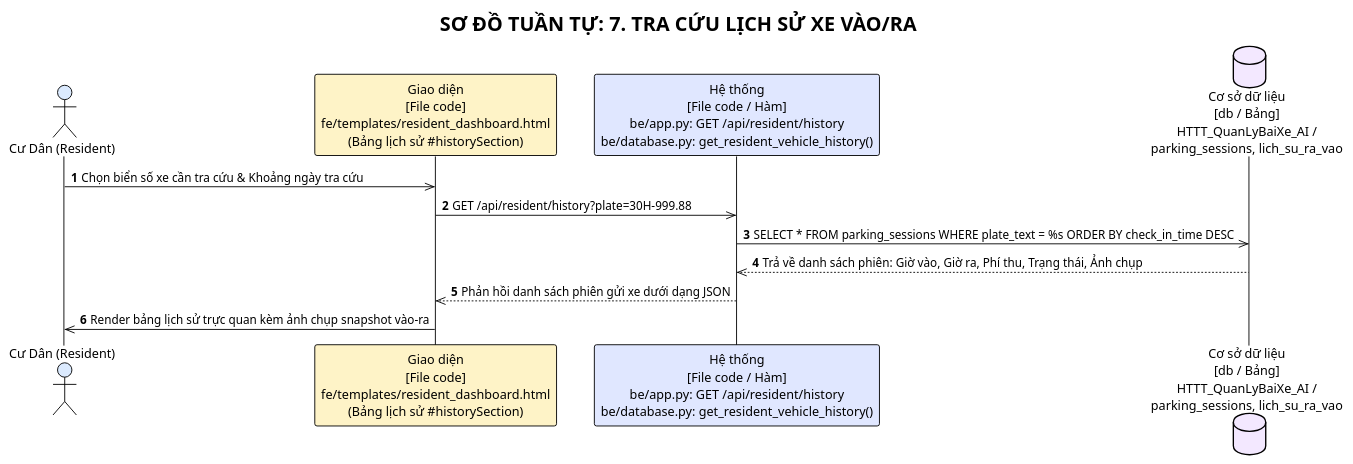
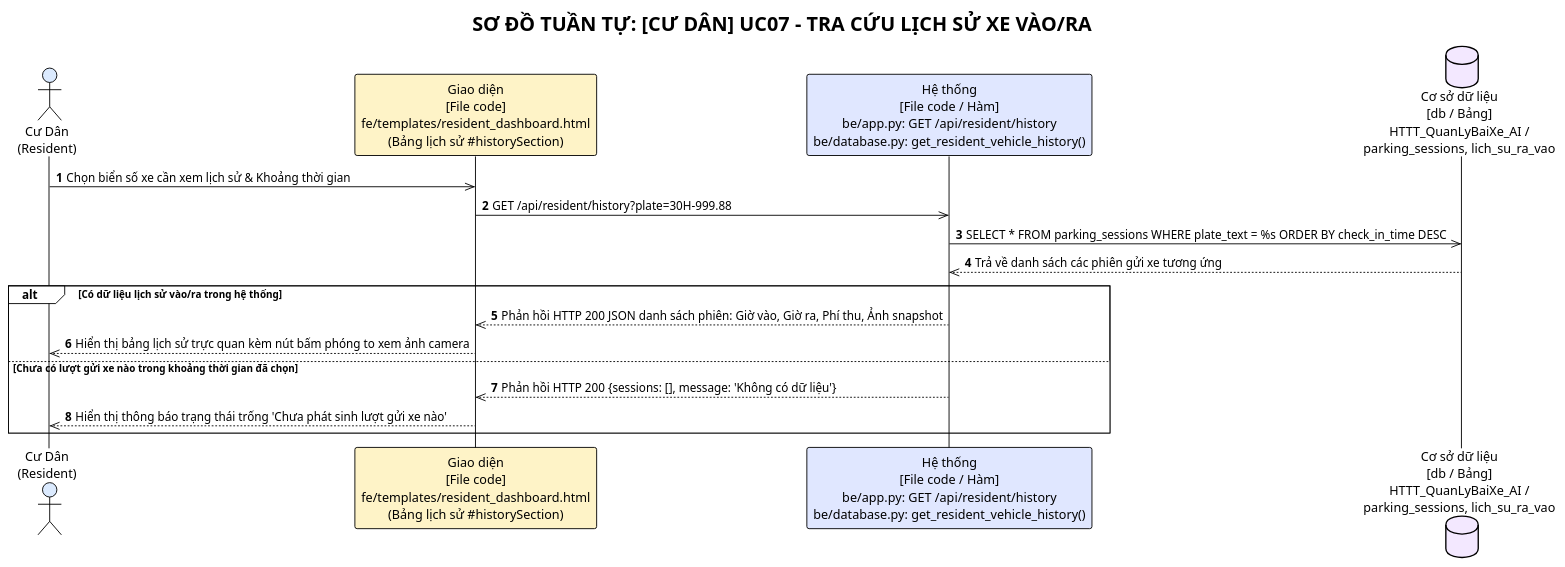
One commit to Truong027/CNPM24 changed the seventh of 13 diagrams in ongthanquoctruong_24CT2_cnpm/docs/SEQUENCE_DIAGRAMS.puml. Above: the diagram before and after it, drawn with PlantUML. The commit also changed other lines of this file and 26 other files, not shown here.

Commit message:
docs: update sequence diagrams with actor stick figures, alt frames, and grouped by actor

```diff
--- a/ongthanquoctruong_24CT2_cnpm/docs/SEQUENCE_DIAGRAMS.puml
+++ b/ongthanquoctruong_24CT2_cnpm/docs/SEQUENCE_DIAGRAMS.puml
@@ -135,18 +181,24 @@
-@startuml uc07_parking_history
+@startuml uc07_resident_history
 !theme plain
-title SƠ ĐỒ TUẦN TỰ: 7. TRA CỨU LỊCH SỬ XE VÀO/RA
+title SƠ ĐỒ TUẦN TỰ: [CƯ DÂN] UC07 - TRA CỨU LỊCH SỬ XE VÀO/RA
 autonumber
 
-actor "Cư Dân (Resident)" as Actor #DBEAFE
+actor "Cư Dân\n(Resident)" as Actor #DBEAFE
 participant "Giao diện\n[File code]\nfe/templates/resident_dashboard.html\n(Bảng lịch sử #historySection)" as UI #FEF3C7
 participant "Hệ thống\n[File code / Hàm]\nbe/app.py: GET /api/resident/history\nbe/database.py: get_resident_vehicle_history()" as Sys #E0E7FF
 database "Cơ sở dữ liệu\n[db / Bảng]\nHTTT_QuanLyBaiXe_AI /\nparking_sessions, lich_su_ra_vao" as DB #F3E8FF
 
-Actor ->> UI: Chọn biển số xe cần tra cứu & Khoảng ngày tra cứu
+Actor ->> UI: Chọn biển số xe cần xem lịch sử & Khoảng thời gian
 UI ->> Sys: GET /api/resident/history?plate=30H-999.88
 Sys ->> DB: SELECT * FROM parking_sessions WHERE plate_text = %s ORDER BY check_in_time DESC
-DB -->> Sys: Trả về danh sách phiên: Giờ vào, Giờ ra, Phí thu, Trạng thái, Ảnh chụp
-Sys -->> UI: Phản hồi danh sách phiên gửi xe dưới dạng JSON
-UI ->> Actor: Render bảng lịch sử trực quan kèm ảnh chụp snapshot vào-ra
+DB -->> Sys: Trả về danh sách các phiên gửi xe tương ứng
+
+alt Có dữ liệu lịch sử vào/ra trong hệ thống
+    Sys -->> UI: Phản hồi HTTP 200 JSON danh sách phiên: Giờ vào, Giờ ra, Phí thu, Ảnh snapshot
+    UI -->> Actor: Hiển thị bảng lịch sử trực quan kèm nút bấm phóng to xem ảnh camera
+else Chưa có lượt gửi xe nào trong khoảng thời gian đã chọn
+    Sys -->> UI: Phản hồi HTTP 200 {sessions: [], message: 'Không có dữ liệu'}
+    UI -->> Actor: Hiển thị thông báo trạng thái trống 'Chưa phát sinh lượt gửi xe nào'
+end
 
 @enduml
```
